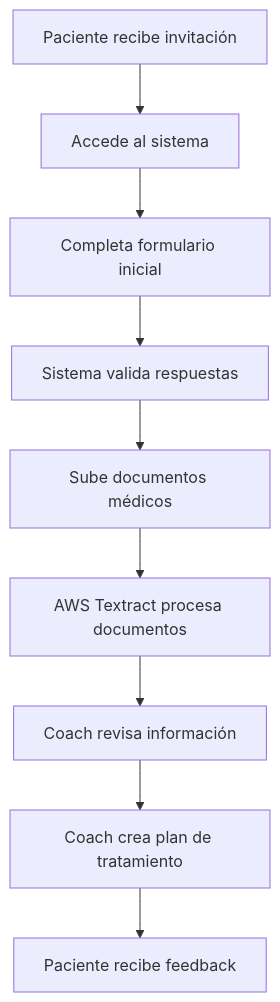
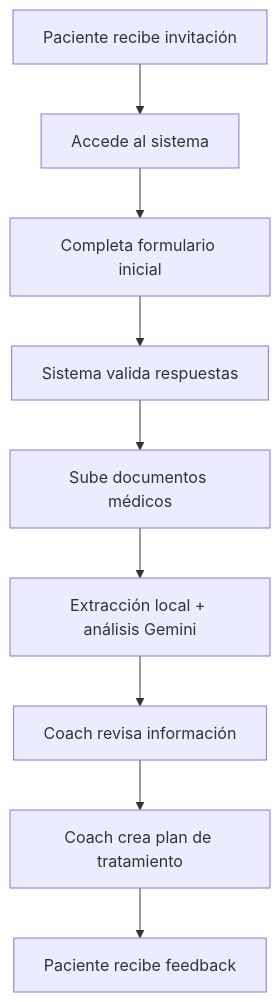
One commit to pantokrator14/NELHEALTHCOACH changed the second of 3 diagrams in docs/PRD.md. Above: the diagram before and after it, drawn with Mermaid. The commit also changed other lines of this file and 42 other files, not shown here.

````diff
--- a/docs/PRD.md
+++ b/docs/PRD.md
@@ -567,11 +574,11 @@
 ```mermaid
 graph TD
     A[Paciente recibe invitación] --> B[Accede al sistema]
     B --> C[Completa formulario inicial]
     C --> D[Sistema valida respuestas]
     D --> E[Sube documentos médicos]
-    E --> F[AWS Textract procesa documentos]
+    E --> F[Extracción local + análisis Gemini]
     F --> G[Coach revisa información]
     G --> H[Coach crea plan de tratamiento]
     H --> I[Paciente recibe feedback]
 ```
````
